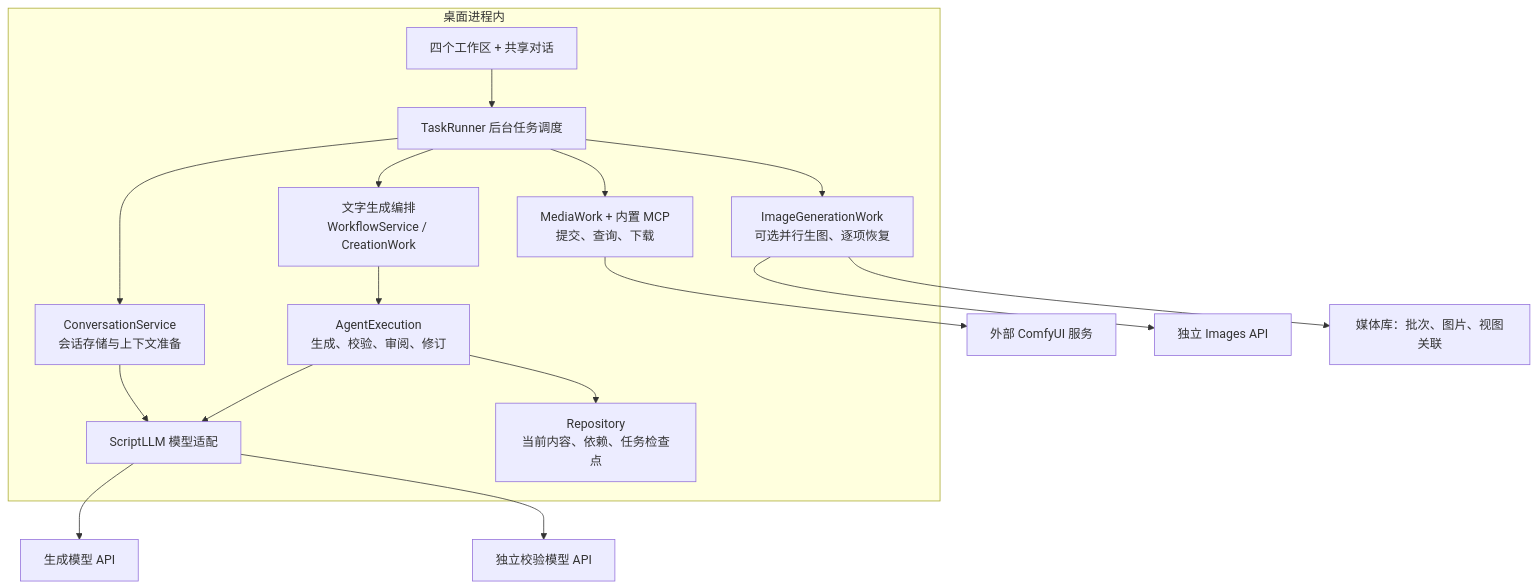
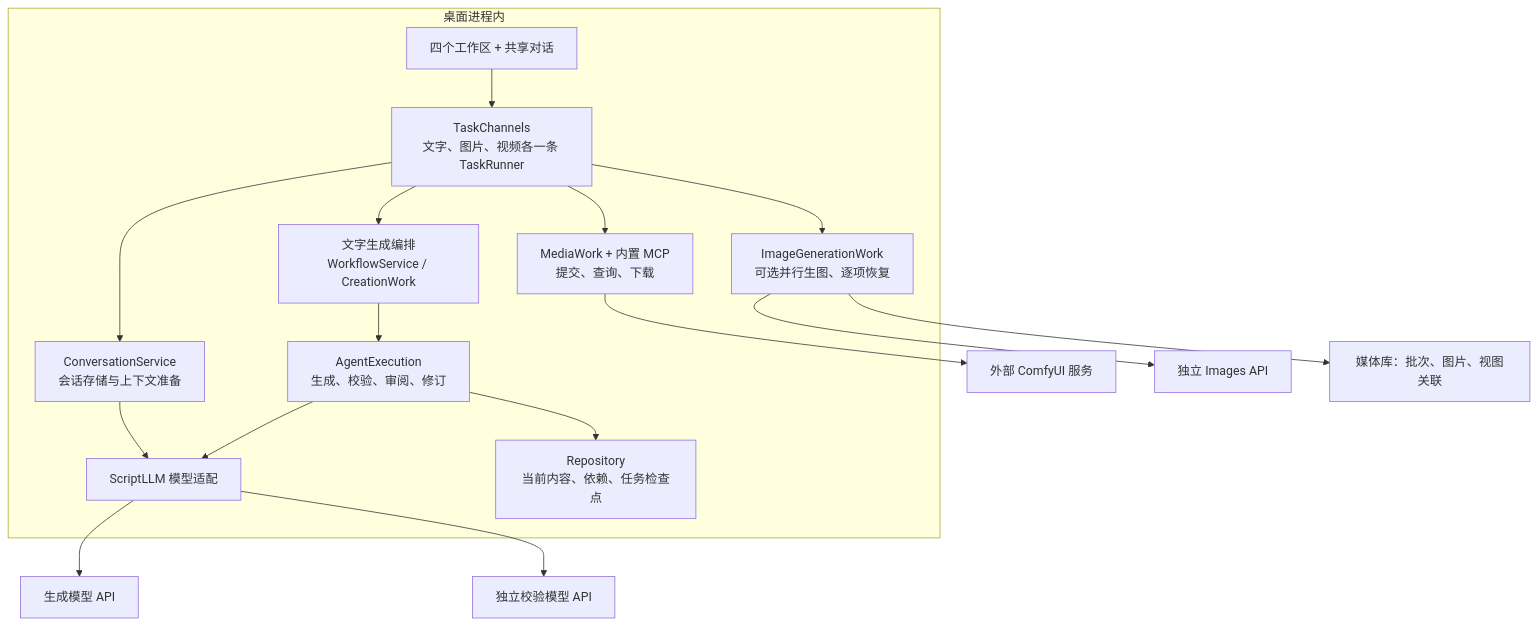
Before and after one commit to thisHobart/NovelWriter: the first of 3 diagrams in docs/short_video/architecture.md, drawn with Mermaid. The commit also changed other lines of this file and 20 other files, not shown here.

````diff
--- a/docs/short_video/architecture.md
+++ b/docs/short_video/architecture.md
@@ -10,19 +10,19 @@
 ```mermaid
 flowchart TB
     subgraph APP[桌面进程内]
-        UI[四个工作区 + 共享对话] --> TASK[TaskRunner 后台任务调度]
+        UI[四个工作区 + 共享对话] --> TASK[TaskChannels<br/>文字、图片、视频各一条 TaskRunner]
         TASK --> TEXT[文字生成编排<br/>WorkflowService / CreationWork]
         TEXT --> LOOP[AgentExecution<br/>生成、校验、审阅、修订]
         LOOP --> MODEL[ScriptLLM 模型适配]
         LOOP --> STORE[Repository<br/>当前内容、依赖、任务检查点]
         TASK --> CHAT[ConversationService<br/>会话存储与上下文准备]
         CHAT --> MODEL
         TASK --> MEDIA[MediaWork + 内置 MCP<br/>提交、查询、下载]
         TASK --> IMAGE[ImageGenerationWork<br/>可选并行生图、逐项恢复]
     end
     MODEL --> LLM[生成模型 API]
     MODEL --> REVIEW[独立校验模型 API]
     MEDIA --> COMFY[外部 ComfyUI 服务]
     IMAGE --> IMAGE_API[独立 Images API]
     IMAGE --> IMAGE_STORE[媒体库：批次、图片、视图关联]
 ```
````
